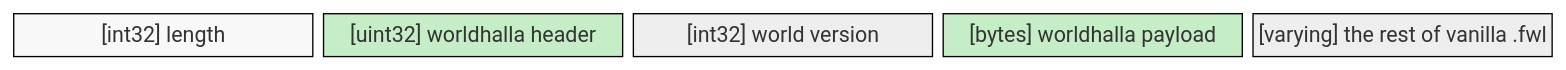
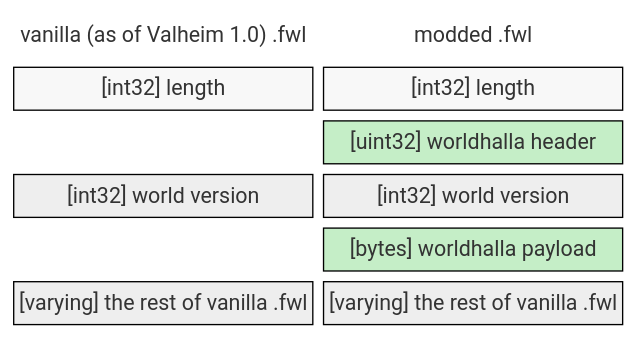
Before and after one commit to Gurebu/worldhalla: the first of 5 diagrams in README.md, drawn with Mermaid (neutral theme). The commit also changed other lines of this file, not shown here.

````diff
--- a/README.md
+++ b/README.md
@@ -60,11 +87,21 @@
 ```mermaid
 block-beta
-columns 5
-  len["[int32] length"] hdr["[uint32] worldhalla header"] ver["[int32] world version"] payload["[bytes] worldhalla payload"] rest["[varying] the rest of vanilla .fwl"]
+columns 2
+  vanilla["vanilla (as of Valheim 1.0) .fwl"] modded["modded .fwl"]
+  vlen["[int32] length"] mlen["[int32] length"]
+  space hdr["[uint32] worldhalla header"]
+  vver["[int32] world version"] mver["[int32] world version"]
+  space payload["[bytes] worldhalla payload"]
+  vrest["[varying] the rest of vanilla .fwl"] mrest["[varying] the rest of vanilla .fwl"]
 
-style len fill:#f8f8f8,stroke:#000,color:#000
+style vanilla fill:none,stroke:none
+style modded fill:none,stroke:none
+style vlen fill:#f8f8f8,stroke:#000,color:#000
+style mlen fill:#f8f8f8,stroke:#000,color:#000
 style hdr fill:#c5eec7,stroke:#000,color:#000
-style ver fill:#eee,stroke:#000,color:#000
+style vver fill:#eee,stroke:#000,color:#000
+style mver fill:#eee,stroke:#000,color:#000
 style payload fill:#c5eec7,stroke:#000,color:#000
-style rest fill:#eee,stroke:#000,color:#000
+style vrest fill:#eee,stroke:#000,color:#000
+style mrest fill:#eee,stroke:#000,color:#000
 ```
````
